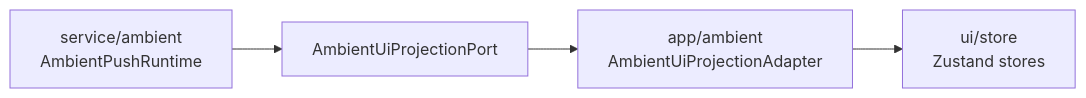
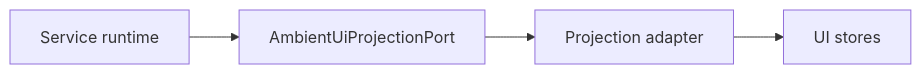
One commit to highestpeak/obsidian-peak-assistant changed the second of 7 diagrams in docs/superpowers/audits/2026-06-13-t8-owner-review-packet.md. Above: the diagram before and after it, drawn with Mermaid. The commit also changed other lines of this file and 2 other files, not shown here.

Commit message:
docs(refactor): remove newline labels from T8 diagrams

````diff
--- a/docs/superpowers/audits/2026-06-13-t8-owner-review-packet.md
+++ b/docs/superpowers/audits/2026-06-13-t8-owner-review-packet.md
@@ -157,11 +157,11 @@
 ```mermaid
 flowchart LR
-  Runtime["service/ambient\nAmbientPushRuntime"]
+  Runtime["Service runtime"]
   Port["AmbientUiProjectionPort"]
-  Adapter["app/ambient\nAmbientUiProjectionAdapter"]
-  Store["ui/store\nZustand stores"]
+  Adapter["Projection adapter"]
+  Store["UI stores"]
 
   Runtime --> Port
   Port --> Adapter
   Adapter --> Store
 ```
````
